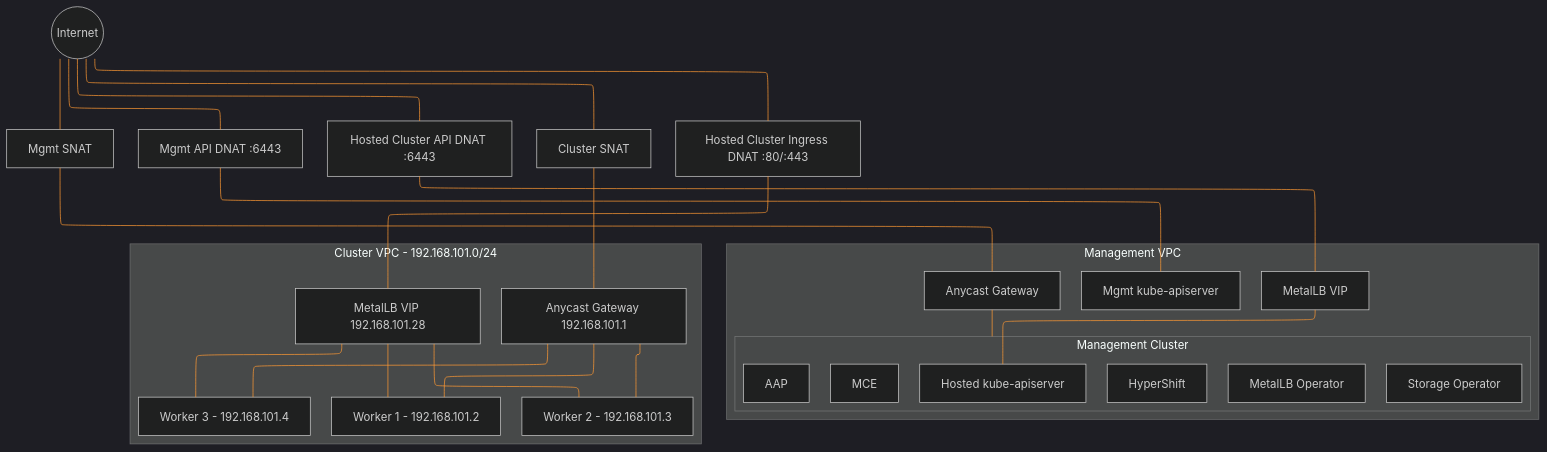
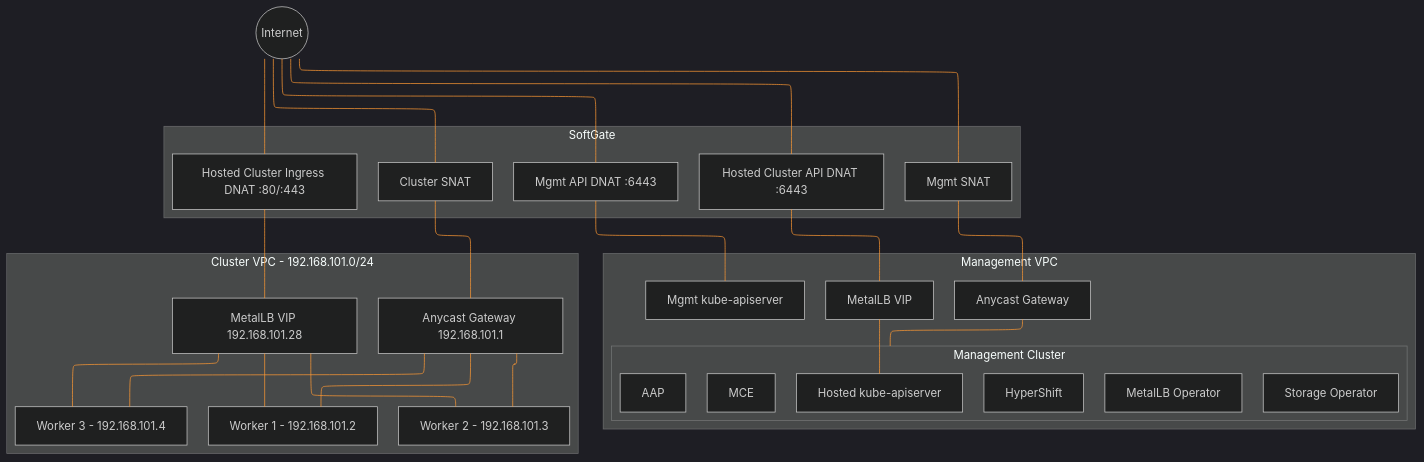
One commit to amej/docs changed the second of 2 diagrams in features/netris-caas-networking.md. Above: the diagram before and after it, drawn with Mermaid.

Commit message:
OSAC-497: Fix overlay graph by grouping NAT rules inside SoftGate subgraph

````diff
--- a/features/netris-caas-networking.md
+++ b/features/netris-caas-networking.md
@@ -87,56 +87,58 @@
 ```mermaid
 %%{init: {'theme': 'dark', 'themeVariables': {'lineColor': '#ff9933'}, 'flowchart': {'defaultRenderer': 'elk'}}}%%
 graph TB
     internet((Internet))
 
-    mgmt_snat[Mgmt SNAT]
-    mgmt_api_dnat[Mgmt API DNAT :6443]
-    hosted_api_dnat[Hosted Cluster API DNAT :6443]
-    cluster_snat[Cluster SNAT]
-    ingress_dnat[Hosted Cluster Ingress DNAT :80/:443]
+    subgraph softgate [SoftGate]
+        mgmt_snat[Mgmt SNAT]
+        mgmt_api_dnat[Mgmt API DNAT :6443]
+        hosted_api_dnat[Hosted Cluster API DNAT :6443]
+        cluster_snat[Cluster SNAT]
+        ingress_dnat[Hosted Cluster Ingress DNAT :80/:443]
+    end
 
     subgraph mgmt_vpc [Management VPC]
         mgmt_gw[Anycast Gateway]
         mgmt_metallb[MetalLB VIP]
 
         subgraph mgmt_cluster [Management Cluster]
             mce[MCE]
             hypershift[HyperShift]
             aap[AAP]
             mgmt_metallb_op[MetalLB Operator]
             storage_op[Storage Operator]
             hosted_apiserver[Hosted kube-apiserver]
         end
 
         mgmt_apiserver_lb[Mgmt kube-apiserver]
     end
 
     subgraph cluster_vpc [Cluster VPC - 192.168.101.0/24]
         gw[Anycast Gateway 192.168.101.1]
         metallb[MetalLB VIP 192.168.101.28]
         node1[Worker 1 - 192.168.101.2]
         node2[Worker 2 - 192.168.101.3]
         node3[Worker 3 - 192.168.101.4]
     end
 
     internet --- mgmt_snat
     internet --- mgmt_api_dnat
     internet --- hosted_api_dnat
     internet --- cluster_snat
     internet --- ingress_dnat
 
     mgmt_snat --- mgmt_gw
     mgmt_api_dnat --- mgmt_apiserver_lb
     hosted_api_dnat --- mgmt_metallb
     mgmt_metallb --- hosted_apiserver
     mgmt_gw --- mgmt_cluster
 
     ingress_dnat --- metallb
     cluster_snat --- gw
     gw --- node1
     gw --- node2
     gw --- node3
     metallb --- node1
     metallb --- node2
     metallb --- node3
 ```
````
